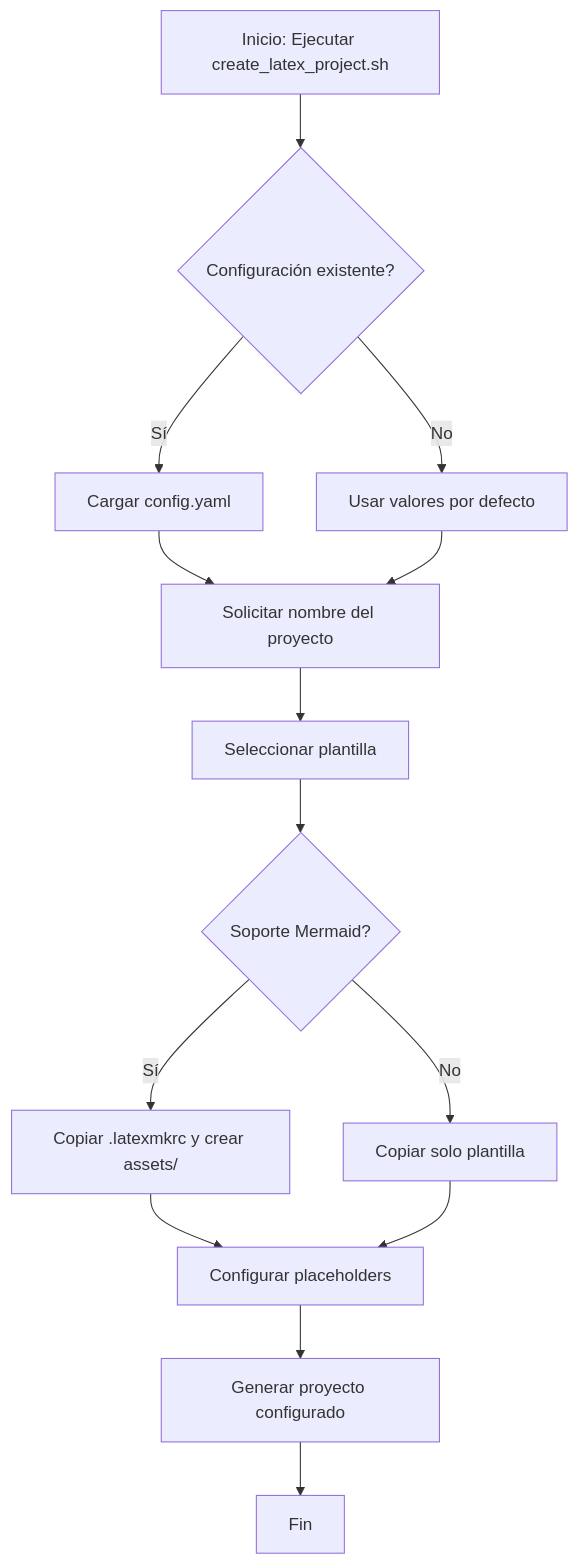
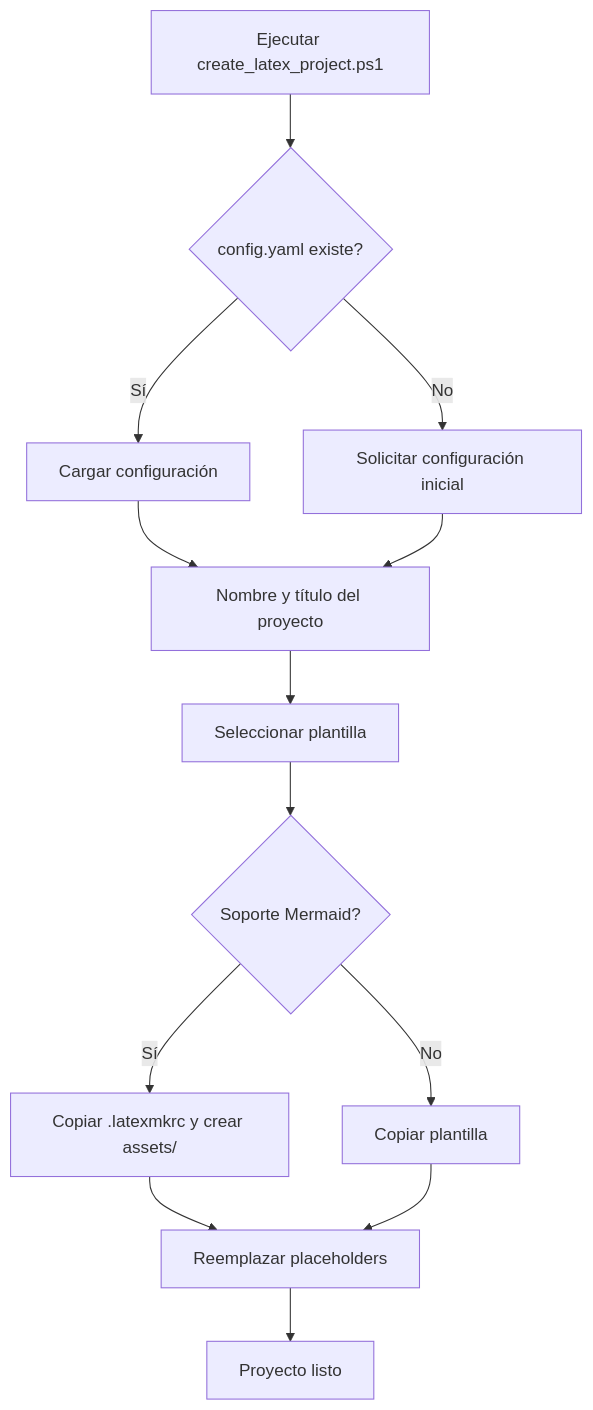
One commit to JheisonMB/LaTeX_env changed the diagram in README.md. Above: the diagram before and after it, drawn with Mermaid. The commit also changed other lines of this file and 49 other files, not shown here.

````diff
--- a/README.md
+++ b/README.md
@@ -7,16 +7,15 @@
 ```mermaid
 flowchart TD
-    A[Inicio: Ejecutar create_latex_project.sh] --> B{Configuración existente?}
-    B -->|Sí| C[Cargar config.yaml]
-    B -->|No| D[Usar valores por defecto]
-    C --> E[Solicitar nombre del proyecto]
+    A[Ejecutar create_latex_project.ps1] --> B{config.yaml existe?}
+    B -->|Sí| C[Cargar configuración]
+    B -->|No| D[Solicitar configuración inicial]
+    C --> E[Nombre y título del proyecto]
     D --> E
     E --> F[Seleccionar plantilla]
     F --> G{Soporte Mermaid?}
     G -->|Sí| H[Copiar .latexmkrc y crear assets/]
-    G -->|No| I[Copiar solo plantilla]
-    H --> J[Configurar placeholders]
+    G -->|No| I[Copiar plantilla]
+    H --> J[Reemplazar placeholders]
     I --> J
-    J --> K[Generar proyecto configurado]
-    K --> M[Fin]
+    J --> K[Proyecto listo]
 ```
````
